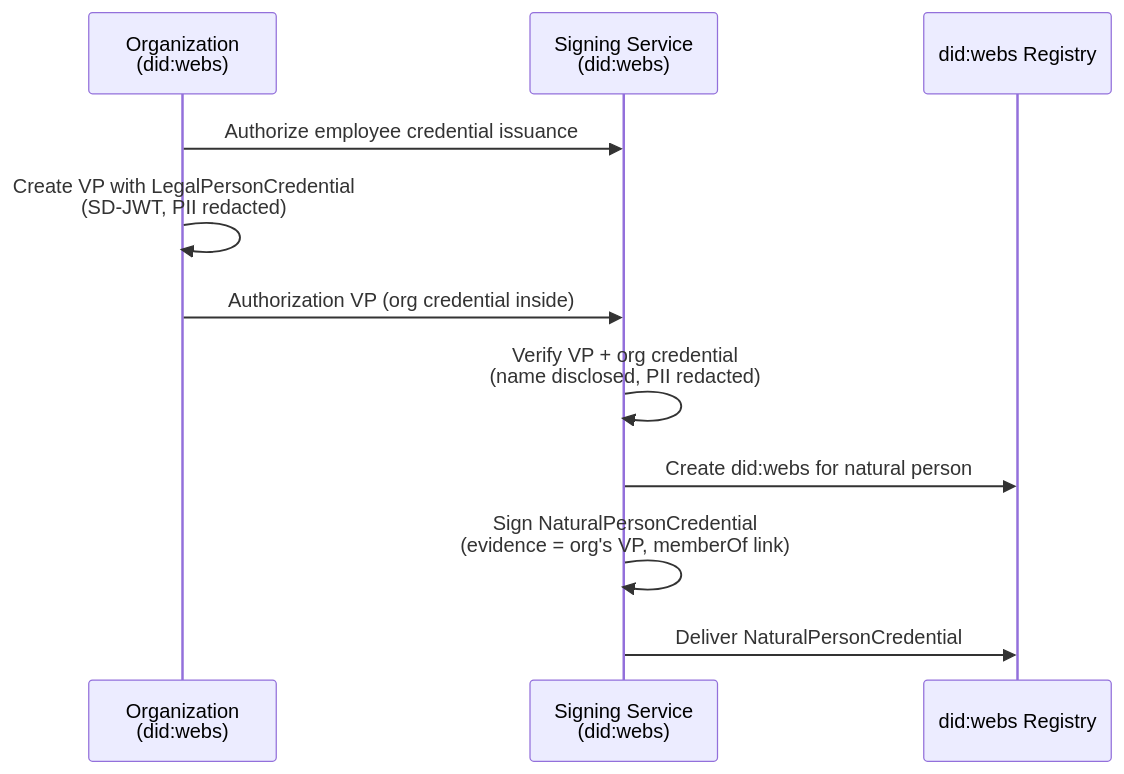
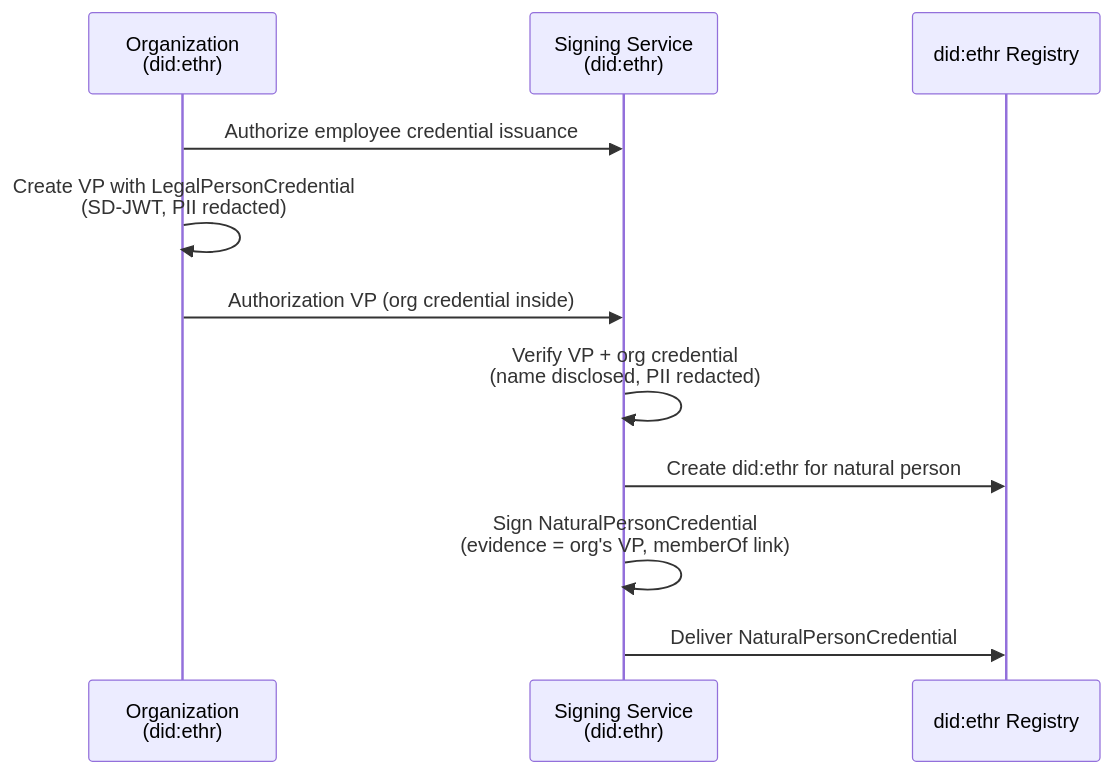
The third of 5 diagrams in examples/README.md (reachhaven/harbour-credentials), drawn with Mermaid before and after one commit. The commit also changed other lines of this file and 53 other files, not shown here.

First line of the commit message:
feat: migrate DID method from did:web to did:ethr

````diff
--- a/examples/README.md
+++ b/examples/README.md
@@ -160,14 +160,14 @@
 ```mermaid
 sequenceDiagram
-    participant ORG as Organization<br/>(did:webs)
-    participant SS as Signing Service<br/>(did:webs)
-    participant DW as did:webs Registry
+    participant ORG as Organization<br/>(did:ethr)
+    participant SS as Signing Service<br/>(did:ethr)
+    participant DW as did:ethr Registry
 
     ORG->>SS: Authorize employee credential issuance
     ORG->>ORG: Create VP with LegalPersonCredential<br/>(SD-JWT, PII redacted)
     ORG->>SS: Authorization VP (org credential inside)
     SS->>SS: Verify VP + org credential<br/>(name disclosed, PII redacted)
-    SS->>DW: Create did:webs for natural person
+    SS->>DW: Create did:ethr for natural person
     SS->>SS: Sign NaturalPersonCredential<br/>(evidence = org's VP, memberOf link)
     SS->>DW: Deliver NaturalPersonCredential
 ```
````
